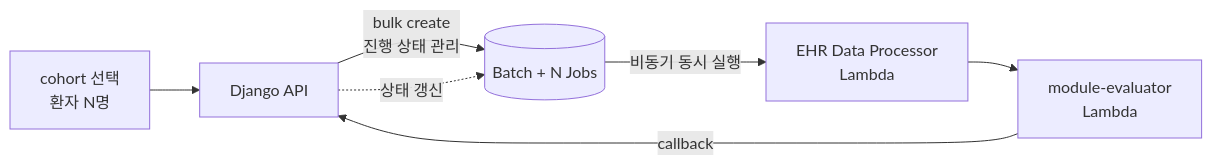
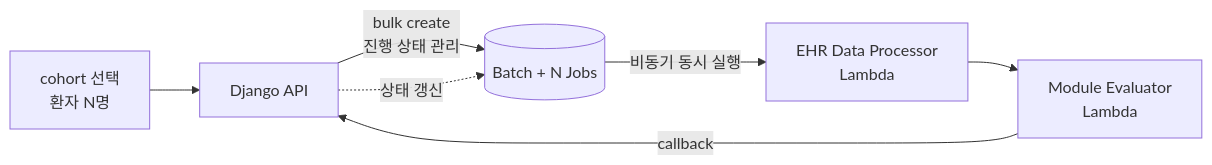
Before and after one commit to texasroh/texasroh.github.io: the fourth of 6 diagrams in _portfolio/portfolio.md, drawn with Mermaid. The commit also changed other lines of this file, not shown here.

First line of the commit message:
docs(portfolio): unify diagram naming and fix worker flow

````diff
--- a/_portfolio/portfolio.md
+++ b/_portfolio/portfolio.md
@@ -175,9 +175,9 @@
 ```mermaid
 flowchart LR
     Cohort["cohort 선택<br/>환자 N명"] --> API[Django API]
     API -->|"bulk create<br/>진행 상태 관리"| Batch[("Batch + N Jobs")]
     Batch -->|"비동기 동시 실행"| EHR["EHR Data Processor<br/>Lambda"]
-    EHR --> Evaluator["module-evaluator<br/>Lambda"]
+    EHR --> Evaluator["Module Evaluator<br/>Lambda"]
     Evaluator -->|callback| API
     API -.->|상태 갱신| Batch
 ```
````
